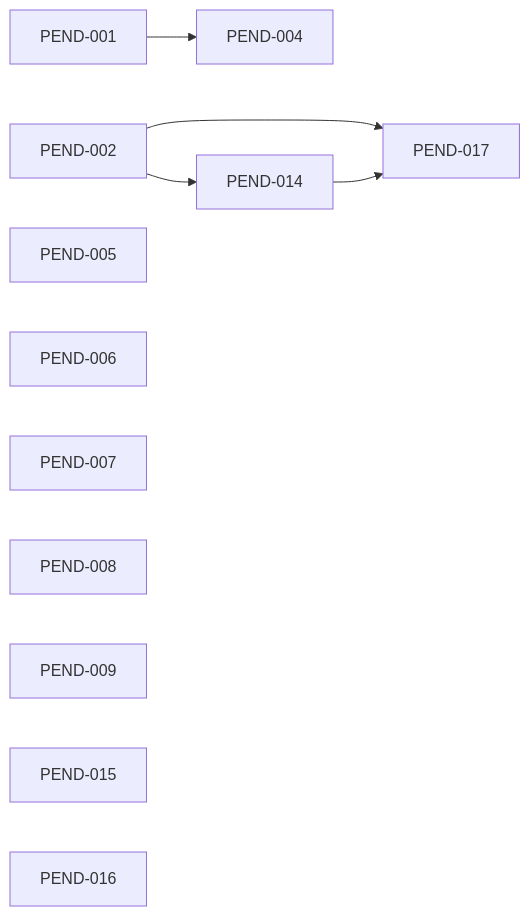
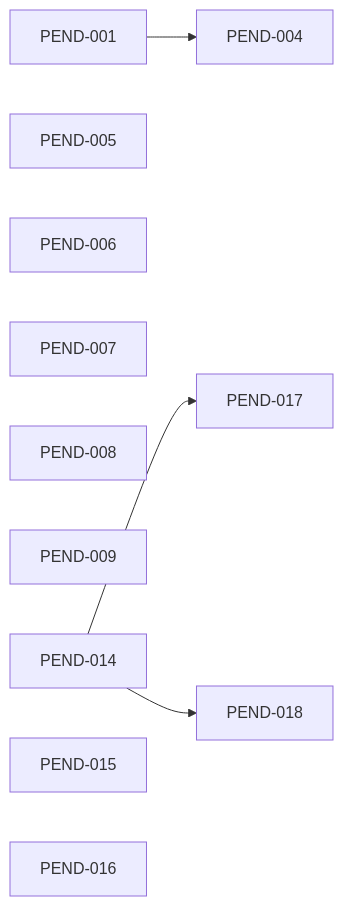
The first of 2 diagrams in reports/coordination/ISSUES_MERMAID.md (psw2025-cmd/Genesis_System3), drawn with Mermaid before and after one commit. The commit also changed other lines of this file and 22 other files, not shown here.

````diff
--- a/reports/coordination/ISSUES_MERMAID.md
+++ b/reports/coordination/ISSUES_MERMAID.md
@@ -7,19 +7,18 @@
 ```mermaid
 flowchart LR
     PEND_001["PEND-001"]
-    PEND_002["PEND-002"]
     PEND_004["PEND-004"]
     PEND_005["PEND-005"]
     PEND_006["PEND-006"]
     PEND_007["PEND-007"]
     PEND_008["PEND-008"]
     PEND_009["PEND-009"]
     PEND_014["PEND-014"]
     PEND_015["PEND-015"]
     PEND_016["PEND-016"]
     PEND_017["PEND-017"]
+    PEND_018["PEND-018"]
     PEND_001 --> PEND_004
-    PEND_002 --> PEND_014
-    PEND_002 --> PEND_017
     PEND_014 --> PEND_017
+    PEND_014 --> PEND_018
 ```
````
